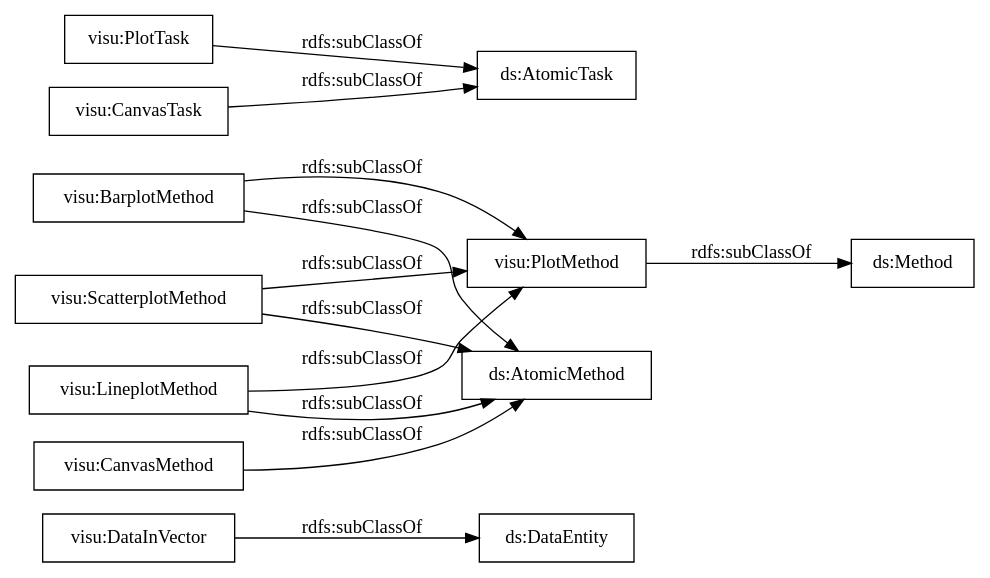
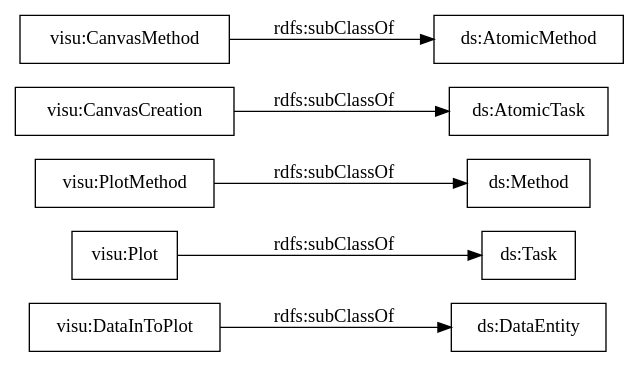
Before and after one commit to nsai-uio/ExeKGOntology: the diagram in OnToology/visu_exeKGOntology.ttl/diagrams/ar2dtool-taxonomy/visu_exeKGOntology.ttl.png.dot, drawn with Graphviz. The commit also changed 63 other files, not shown here.

```diff
--- a/OnToology/visu_exeKGOntology.ttl/diagrams/ar2dtool-taxonomy/visu_exeKGOntology.ttl.png.dot
+++ b/OnToology/visu_exeKGOntology.ttl/diagrams/ar2dtool-taxonomy/visu_exeKGOntology.ttl.png.dot
@@ -1,17 +1,11 @@
 digraph ar2dtool_diagram { 
 rankdir=LR;
 size="1000"
-node [shape = rectangle, color="black"]; "visu:DataInVector" "visu:BarplotMethod" "visu:ScatterplotMethod" "visu:LineplotMethod" "visu:PlotTask" "visu:PlotMethod" "visu:CanvasTask" "visu:CanvasMethod" ; /*classes style*/
-	"visu:LineplotMethod" -> "visu:PlotMethod" [ label = "rdfs:subClassOf" ];
-	"visu:LineplotMethod" -> "ds:AtomicMethod" [ label = "rdfs:subClassOf" ];
-	"visu:BarplotMethod" -> "visu:PlotMethod" [ label = "rdfs:subClassOf" ];
-	"visu:BarplotMethod" -> "ds:AtomicMethod" [ label = "rdfs:subClassOf" ];
+node [shape = rectangle, color="black"]; "visu:DataInToPlot" "visu:Plot" "visu:PlotMethod" "visu:CanvasCreation" "visu:CanvasMethod" ; /*classes style*/
 	"visu:CanvasMethod" -> "ds:AtomicMethod" [ label = "rdfs:subClassOf" ];
 	"visu:PlotMethod" -> "ds:Method" [ label = "rdfs:subClassOf" ];
-	"visu:PlotTask" -> "ds:AtomicTask" [ label = "rdfs:subClassOf" ];
-	"visu:ScatterplotMethod" -> "visu:PlotMethod" [ label = "rdfs:subClassOf" ];
-	"visu:ScatterplotMethod" -> "ds:AtomicMethod" [ label = "rdfs:subClassOf" ];
-	"visu:DataInVector" -> "ds:DataEntity" [ label = "rdfs:subClassOf" ];
-	"visu:CanvasTask" -> "ds:AtomicTask" [ label = "rdfs:subClassOf" ];
+	"visu:CanvasCreation" -> "ds:AtomicTask" [ label = "rdfs:subClassOf" ];
+	"visu:DataInToPlot" -> "ds:DataEntity" [ label = "rdfs:subClassOf" ];
+	"visu:Plot" -> "ds:Task" [ label = "rdfs:subClassOf" ];
 
 }
```
